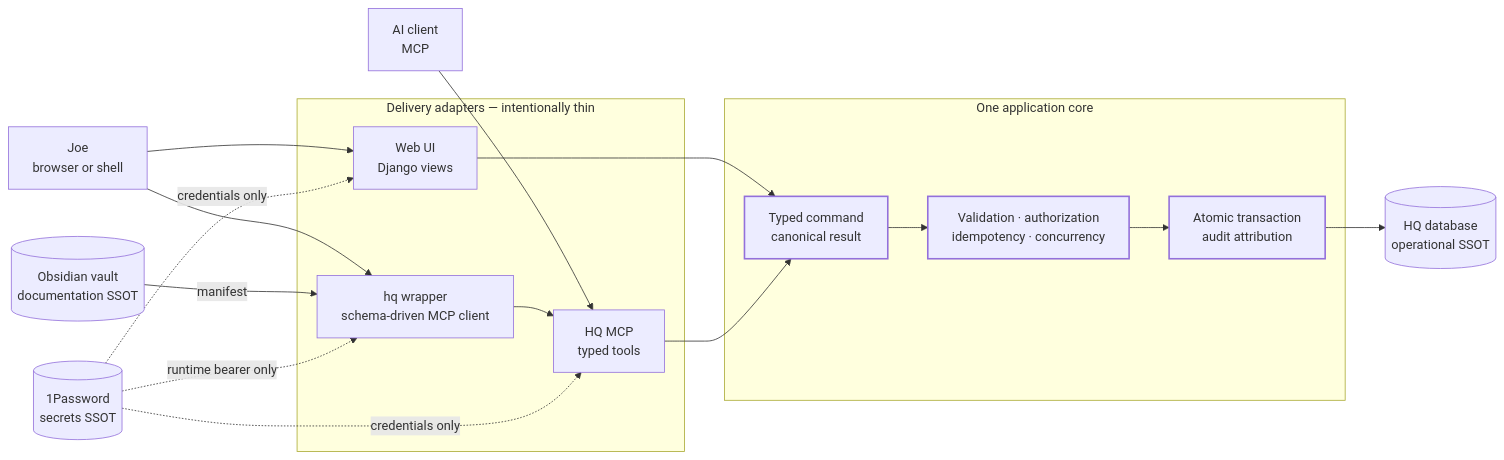
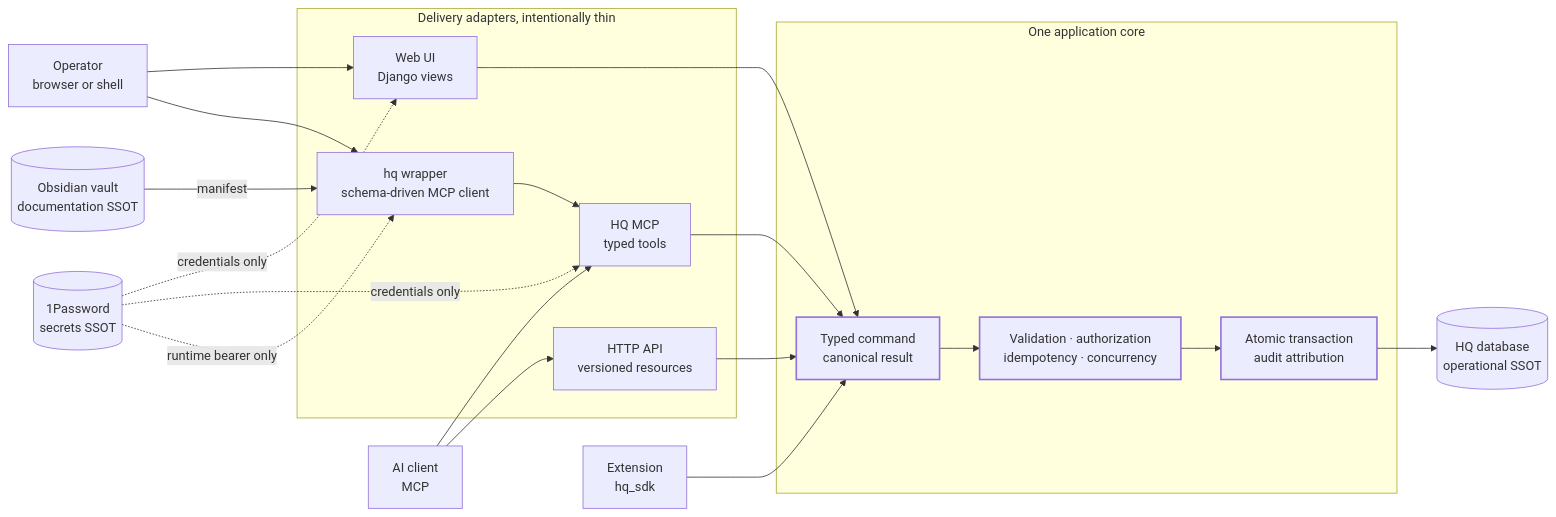
Before and after one commit to joeseverino/severino-hq: the diagram in docs/diagrams/application-core.mmd, drawn with Mermaid. The commit also changed 471 other files, not shown here.

```diff
--- a/docs/diagrams/application-core.mmd
+++ b/docs/diagrams/application-core.mmd
@@ -1,36 +1,41 @@
 flowchart LR
-    operator["Joe<br/>browser or shell"]
+    operator["Operator<br/>browser or shell"]
     agent["AI client<br/>MCP"]
+    extension["Extension<br/>hq_sdk"]
 
-    subgraph adapters["Delivery adapters — intentionally thin"]
+    subgraph adapters["Delivery adapters, intentionally thin"]
         web["Web UI<br/>Django views"]
+        api["HTTP API<br/>versioned resources"]
         mcp["HQ MCP<br/>typed tools"]
         cli["hq wrapper<br/>schema-driven MCP client"]
     end
 
     subgraph core["One application core"]
         contract["Typed command<br/>canonical result"]
         policy["Validation · authorization<br/>idempotency · concurrency"]
         transaction["Atomic transaction<br/>audit attribution"]
     end
 
     db[("HQ database<br/>operational SSOT")]
     vault[("Obsidian vault<br/>documentation SSOT")]
     secrets[("1Password<br/>secrets SSOT")]
 
     operator --> web
     operator --> cli
     agent --> mcp
+    agent --> api
+    extension --> contract
 
     web --> contract
+    api --> contract
     mcp --> contract
     cli --> mcp
     contract --> policy --> transaction --> db
 
     vault -->|"manifest"| cli
     secrets -.->|"credentials only"| web
     secrets -.->|"credentials only"| mcp
     secrets -.->|"runtime bearer only"| cli
 
     classDef anchor stroke-width:2px;
     class contract,policy,transaction anchor;
```
